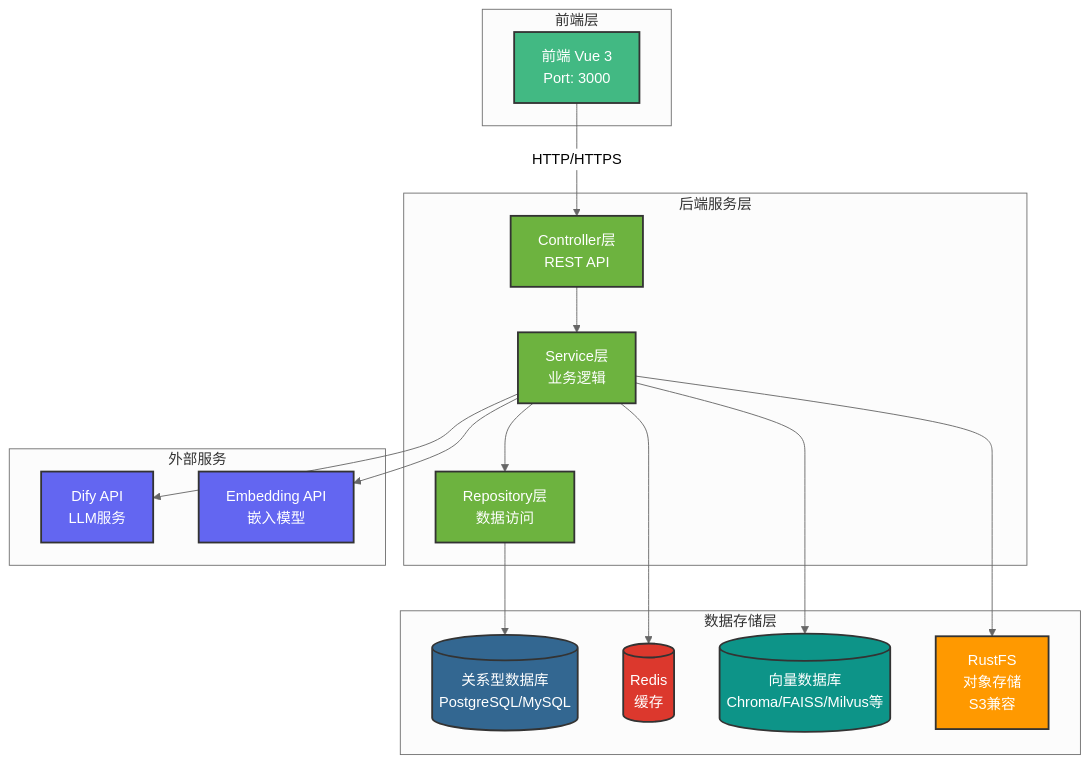
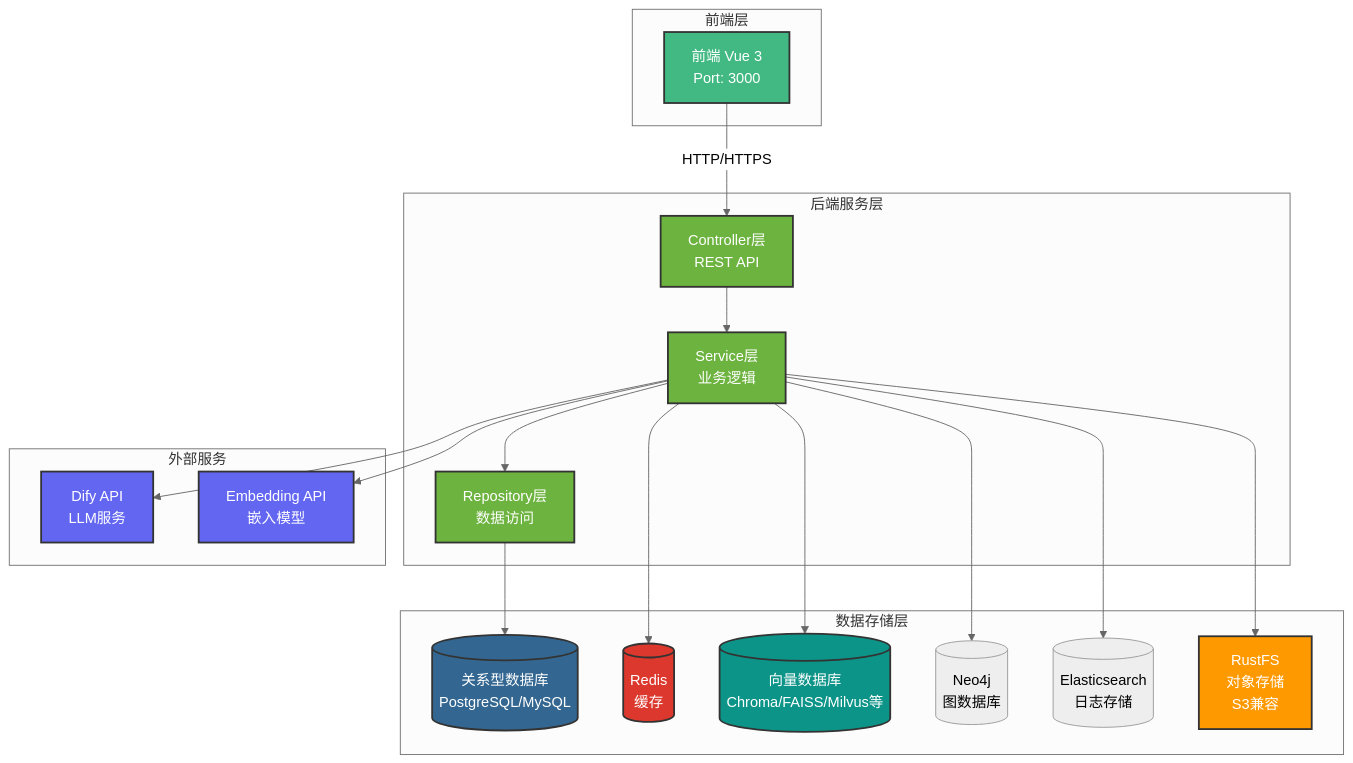
Before and after one commit to NanoAgentCode/DifyApp: the first of 3 diagrams in backend/README-backend.md, drawn with Mermaid (neutral theme). The commit also changed other lines of this file and 4 other files, not shown here.

````diff
--- a/backend/README-backend.md
+++ b/backend/README-backend.md
@@ -72,45 +74,49 @@
 ```mermaid
 graph TB
     subgraph "前端层"
         Frontend[前端 Vue 3<br/>Port: 3000]
     end
     
     subgraph "后端服务层"
         Controller[Controller层<br/>REST API]
         Service[Service层<br/>业务逻辑]
         Repository[Repository层<br/>数据访问]
     end
     
     subgraph "数据存储层"
         DB[(关系型数据库<br/>PostgreSQL/MySQL)]
         Redis[(Redis<br/>缓存)]
         VectorDB[(向量数据库<br/>Chroma/FAISS/Milvus等)]
+        Neo4j[(Neo4j<br/>图数据库)]
+        ES[(Elasticsearch<br/>日志存储)]
         RustFS[RustFS<br/>对象存储<br/>S3兼容]
     end
     
     subgraph "外部服务"
         DifyAPI[Dify API<br/>LLM服务]
         EmbeddingAPI[Embedding API<br/>嵌入模型]
     end
     
     Frontend -->|HTTP/HTTPS| Controller
     Controller --> Service
     Service --> Repository
     Repository --> DB
     Service --> Redis
     Service --> VectorDB
+    Service --> Neo4j
+    Service --> ES
     Service --> RustFS
     Service --> DifyAPI
     Service --> EmbeddingAPI
     
     style Frontend fill:#42b983,stroke:#333,stroke-width:2px,color:#fff
     style Controller fill:#6db33f,stroke:#333,stroke-width:2px,color:#fff
     style Service fill:#6db33f,stroke:#333,stroke-width:2px,color:#fff
     style Repository fill:#6db33f,stroke:#333,stroke-width:2px,color:#fff
     style DB fill:#336791,stroke:#333,stroke-width:2px,color:#fff
     style Redis fill:#dc382d,stroke:#333,stroke-width:2px,color:#fff
     style VectorDB fill:#0d9488,stroke:#333,stroke-width:2px,color:#fff
     style RustFS fill:#ff9900,stroke:#333,stroke-width:2px,color:#fff
     style DifyAPI fill:#6366f1,stroke:#333,stroke-width:2px,color:#fff
     style EmbeddingAPI fill:#6366f1,stroke:#333,stroke-width:2px,color:#fff
 ```
````
